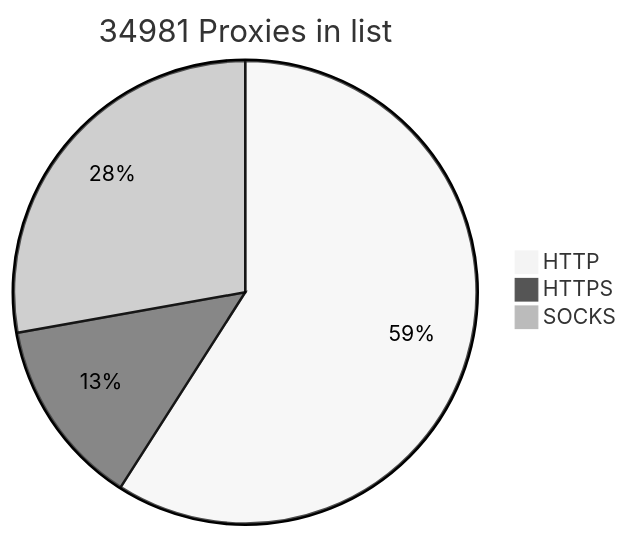
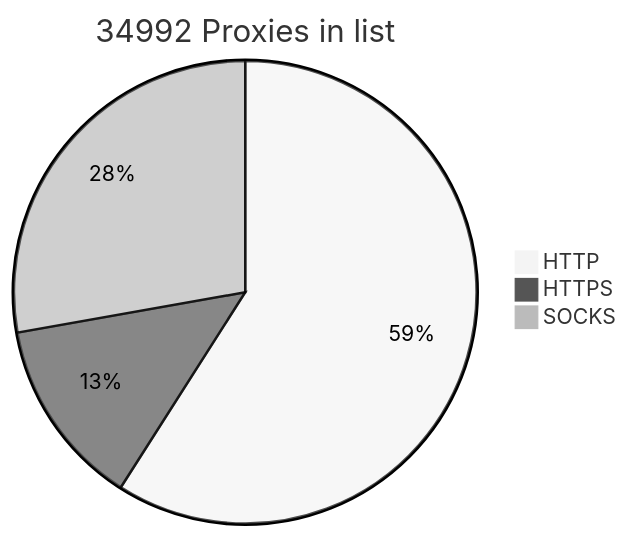
The diagram in README.md (BlackSnowDot/proxylist-update-every-minute), drawn with Mermaid (neutral theme) before and after one commit.

````diff
--- a/README.md
+++ b/README.md
@@ -2,6 +2,6 @@
 ```mermaid
-pie title 34981 Proxies in list
-    "HTTP" : 22925
-    "HTTPS": 5103
-    "SOCKS" : 10794
+pie title 34992 Proxies in list
+    "HTTP" : 22931
+    "HTTPS": 5115
+    "SOCKS" : 10795
 ```
````
